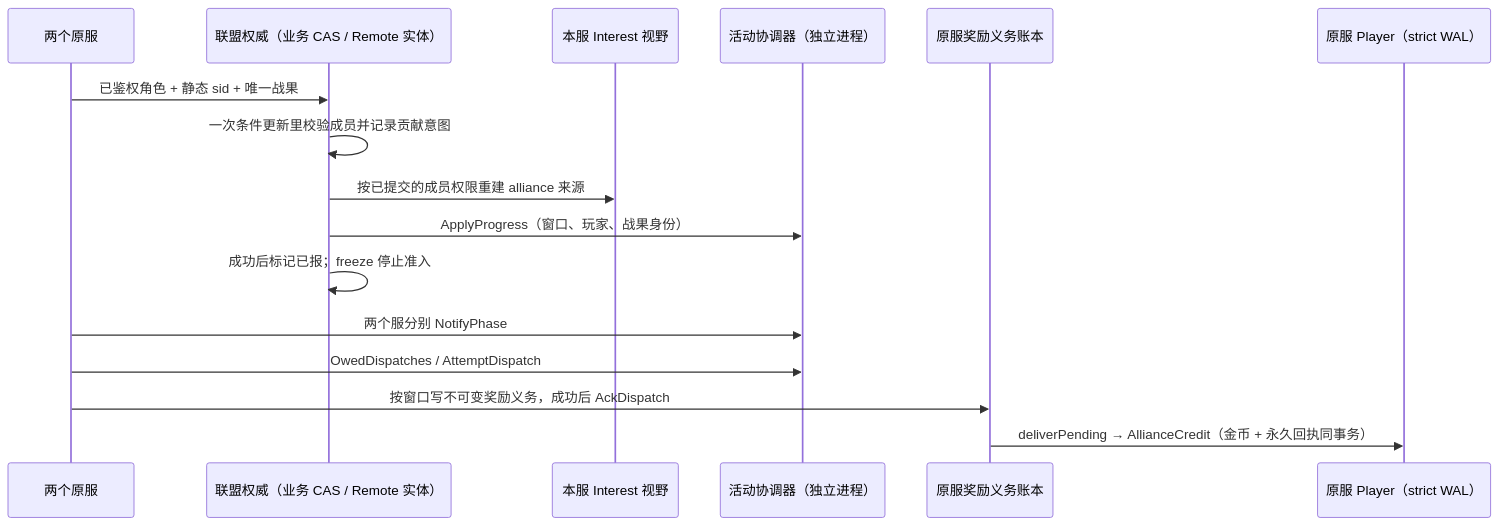
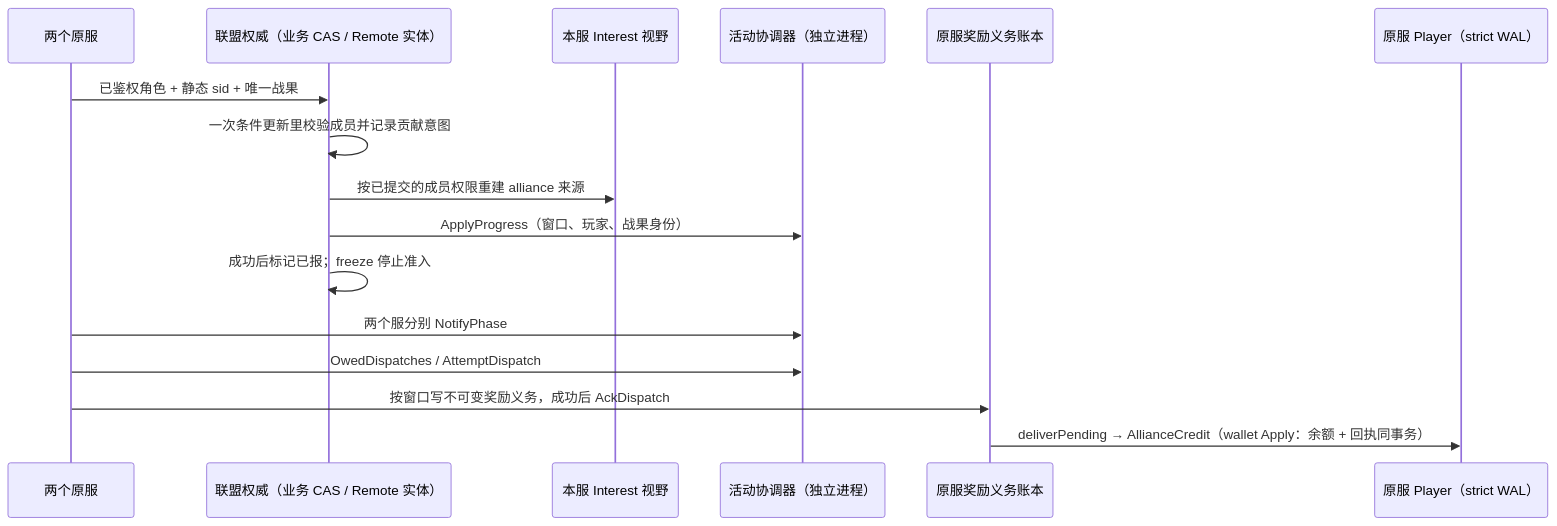
One commit to tjbdwanghaibo/roost-core changed the second of 2 diagrams in docs/framework/SLG-INTEGRATION.md. Above: the diagram before and after it, drawn with Mermaid. The commit also changed other lines of this file and 15 other files, not shown here.

````diff
--- a/docs/framework/SLG-INTEGRATION.md
+++ b/docs/framework/SLG-INTEGRATION.md
@@ -185,18 +200,18 @@
 ```mermaid
 sequenceDiagram
     participant H as 两个原服
     participant A as 联盟权威（业务 CAS / Remote 实体）
     participant V as 本服 Interest 视野
     participant C as 活动协调器（独立进程）
     participant R as 原服奖励义务账本
     participant P as 原服 Player（strict WAL）
     H->>A: 已鉴权角色 + 静态 sid + 唯一战果
     A->>A: 一次条件更新里校验成员并记录贡献意图
     A->>V: 按已提交的成员权限重建 alliance 来源
     A->>C: ApplyProgress（窗口、玩家、战果身份）
     A->>A: 成功后标记已报；freeze 停止准入
     H->>C: 两个服分别 NotifyPhase
     H->>C: OwedDispatches / AttemptDispatch
     H->>R: 按窗口写不可变奖励义务，成功后 AckDispatch
-    R->>P: deliverPending → AllianceCredit（金币 + 永久回执同事务）
+    R->>P: deliverPending → AllianceCredit（wallet Apply：余额 + 回执同事务）
 ```
````
